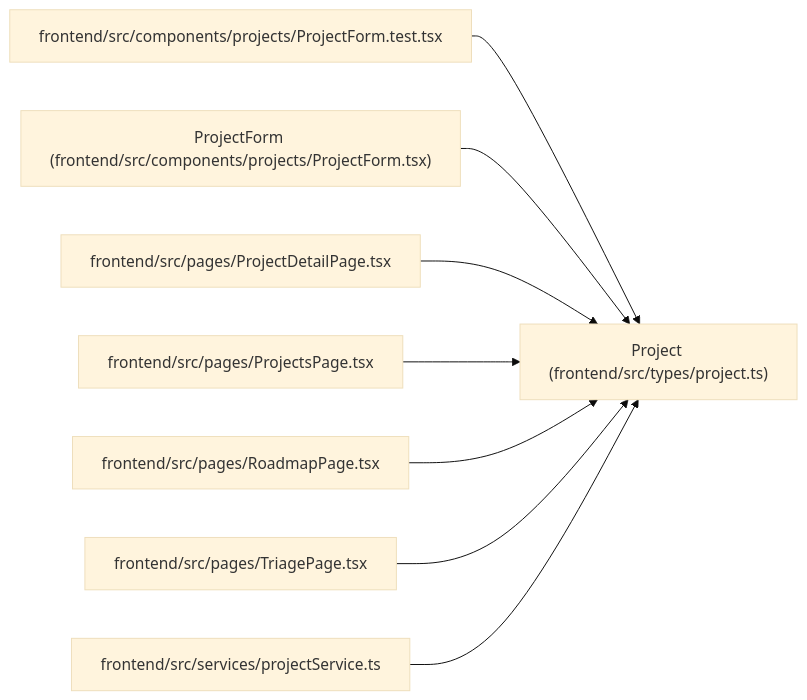
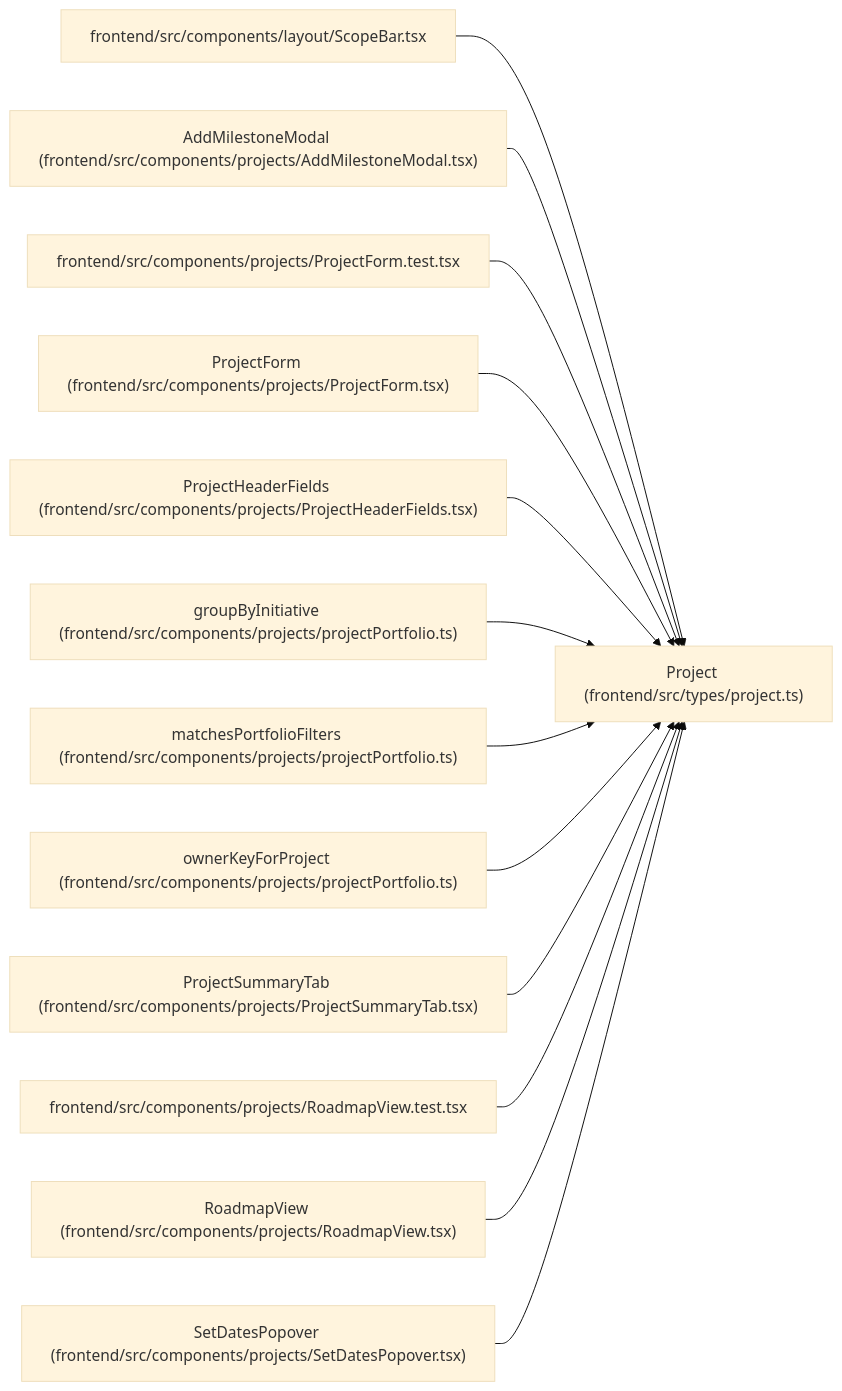
One commit to Denissvgn/WorkChord changed the diagram in docs/llm_wiki/entities/types_project_Project.md. Above: the diagram before and after it, drawn with Mermaid (base theme). The commit also changed other lines of this file and 2373 other files, not shown here.

````diff
--- a/docs/llm_wiki/entities/types_project_Project.md
+++ b/docs/llm_wiki/entities/types_project_Project.md
@@ -41,26 +41,41 @@
 ```mermaid
 flowchart LR
     n0["Project (frontend/src/types/project.ts)"]
-    n1["frontend/src/components/projects/ProjectForm.test.tsx"]
-    n2["ProjectForm (frontend/src/components/projects/ProjectForm.tsx)"]
-    n3["frontend/src/pages/ProjectDetailPage.tsx"]
-    n4["frontend/src/pages/ProjectsPage.tsx"]
-    n5["frontend/src/pages/RoadmapPage.tsx"]
-    n6["frontend/src/pages/TriagePage.tsx"]
-    n7["frontend/src/services/projectService.ts"]
+    n1["frontend/src/components/layout/ScopeBar.tsx"]
+    n2["AddMilestoneModal (frontend/src/components/projects/AddMilestoneModal.tsx)"]
+    n3["frontend/src/components/projects/ProjectForm.test.tsx"]
+    n4["ProjectForm (frontend/src/components/projects/ProjectForm.tsx)"]
+    n5["ProjectHeaderFields (frontend/src/components/projects/ProjectHeaderFields.tsx)"]
+    n6["groupByInitiative (frontend/src/components/projects/projectPortfolio.ts)"]
+    n7["matchesPortfolioFilters (frontend/src/components/projects/projectPortfolio.ts)"]
+    n8["ownerKeyForProject (frontend/src/components/projects/projectPortfolio.ts)"]
+    n9["ProjectSummaryTab (frontend/src/components/projects/ProjectSummaryTab.tsx)"]
+    n10["frontend/src/components/projects/RoadmapView.test.tsx"]
+    n11["RoadmapView (frontend/src/components/projects/RoadmapView.tsx)"]
+    n12["SetDatesPopover (frontend/src/components/projects/SetDatesPopover.tsx)"]
     n1 --> n0
     n2 --> n0
     n3 --> n0
     n4 --> n0
     n5 --> n0
     n6 --> n0
     n7 --> n0
+    n8 --> n0
+    n9 --> n0
+    n10 --> n0
+    n11 --> n0
+    n12 --> n0
     click n0 "../modules/types_project.md"
-    click n1 "../modules/ProjectForm.test.md"
-    click n2 "../modules/ProjectForm.md"
-    click n3 "../modules/ProjectDetailPage.md"
-    click n4 "../modules/ProjectsPage.md"
-    click n5 "../modules/RoadmapPage.md"
-    click n6 "../modules/TriagePage.md"
-    click n7 "../modules/projectService.md"
+    click n1 "../modules/ScopeBar.md"
+    click n2 "../modules/AddMilestoneModal.md"
+    click n3 "../modules/ProjectForm.test.md"
+    click n4 "../modules/ProjectForm.md"
+    click n5 "../modules/ProjectHeaderFields.md"
+    click n6 "../modules/projectPortfolio.md"
+    click n7 "../modules/projectPortfolio.md"
+    click n8 "../modules/projectPortfolio.md"
+    click n9 "../modules/ProjectSummaryTab.md"
+    click n10 "../modules/RoadmapView.test.md"
+    click n11 "../modules/RoadmapView.md"
+    click n12 "../modules/SetDatesPopover.md"
 ```
````
